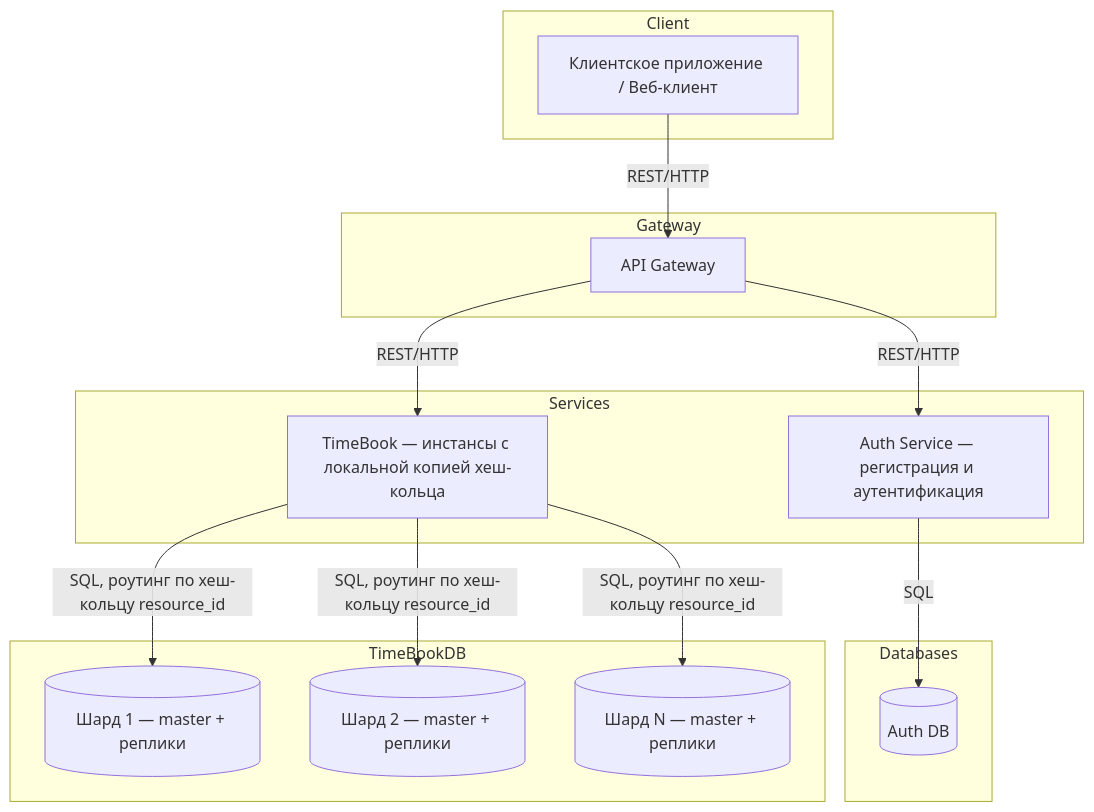
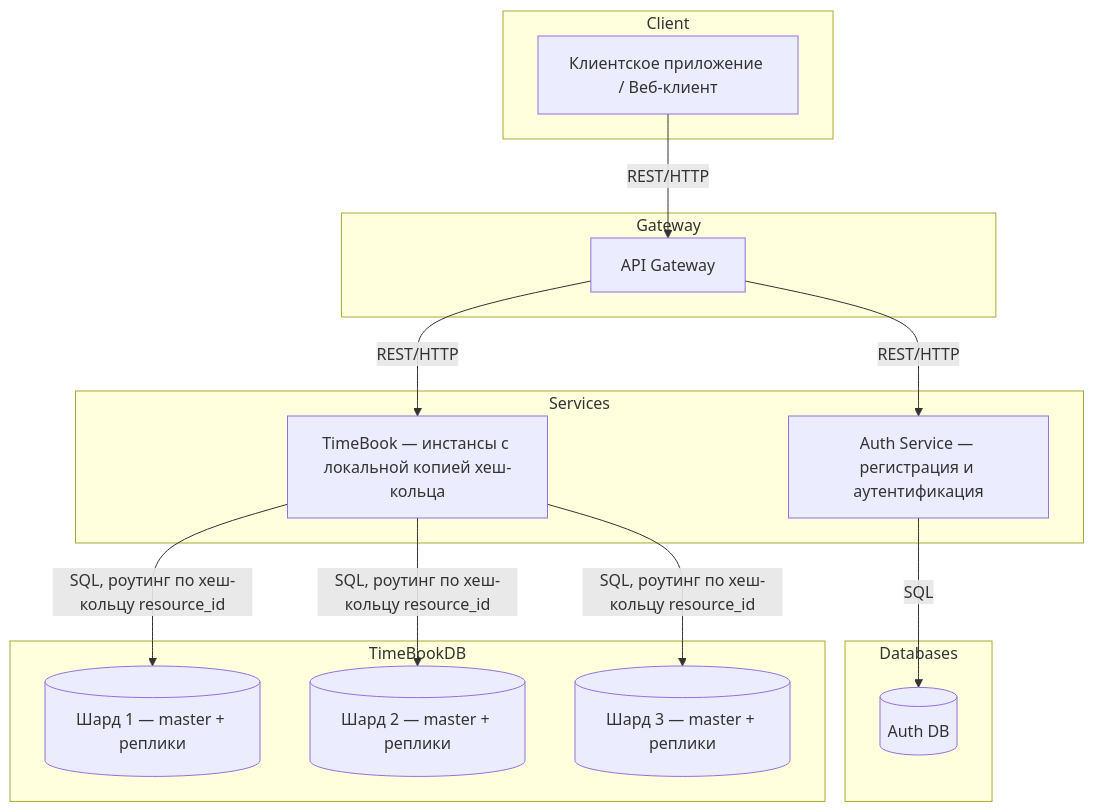
The first of 7 diagrams in docs/tr.md (spbu-ds-practicum-2026/4positions), drawn with Mermaid before and after one commit. The commit also changed other lines of this file, not shown here.

````diff
--- a/docs/tr.md
+++ b/docs/tr.md
@@ -124,29 +124,29 @@
 ```mermaid
 graph TD
   subgraph Client
     UserApp[Клиентское приложение / Веб-клиент]
   end
   subgraph Gateway
     APIGateway[API Gateway]
   end
   subgraph Services
     AuthService[Auth Service — регистрация и аутентификация]
     TimeBook[TimeBook — инстансы с локальной копией хеш-кольца]
   end
   subgraph Databases
     AuthDB[(Auth DB)]
   end
   subgraph TimeBookDB
     Shard1[(Шард 1 — master + реплики)]
     Shard2[(Шард 2 — master + реплики)]
-    ShardN[(Шард N — master + реплики)]
+    Shard3[(Шард 3 — master + реплики)]
   end
 
   UserApp-->|REST/HTTP|APIGateway
   APIGateway-->|REST/HTTP|AuthService
   APIGateway-->|REST/HTTP|TimeBook
   AuthService-->|SQL|AuthDB
   TimeBook-->|SQL, роутинг по хеш-кольцу resource_id|Shard1
   TimeBook-->|SQL, роутинг по хеш-кольцу resource_id|Shard2
-  TimeBook-->|SQL, роутинг по хеш-кольцу resource_id|ShardN
+  TimeBook-->|SQL, роутинг по хеш-кольцу resource_id|Shard3
 ```
````
